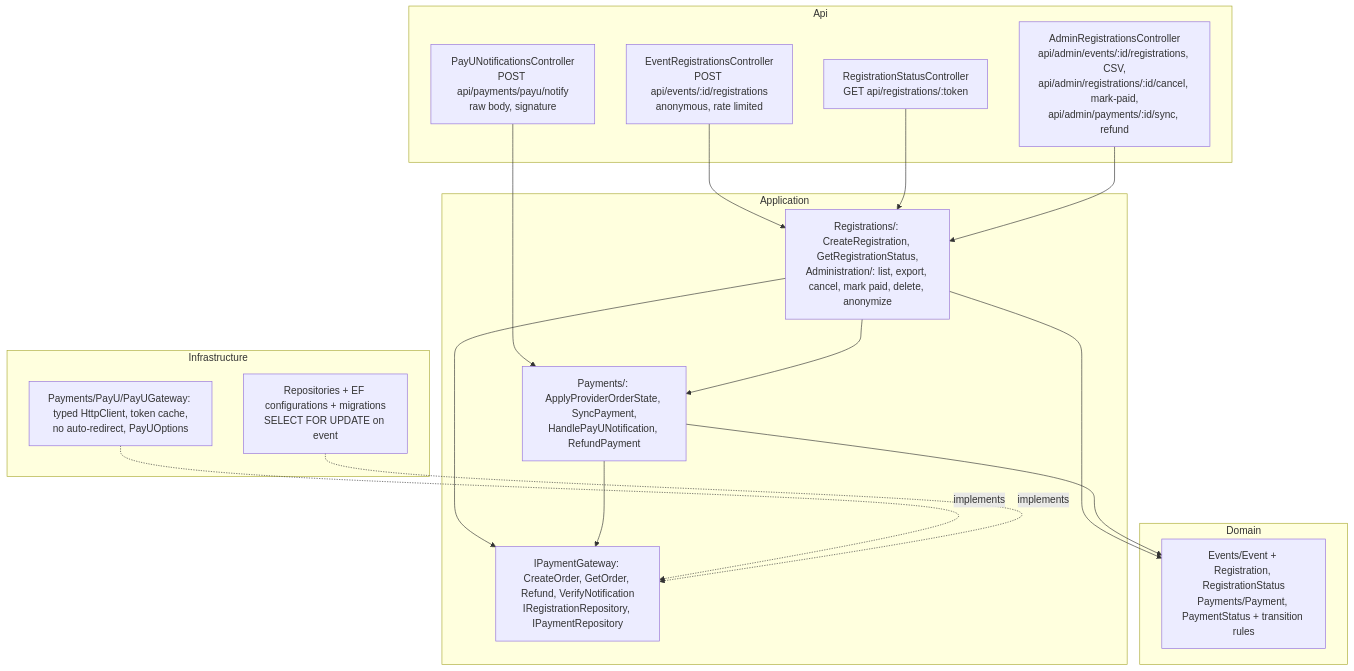
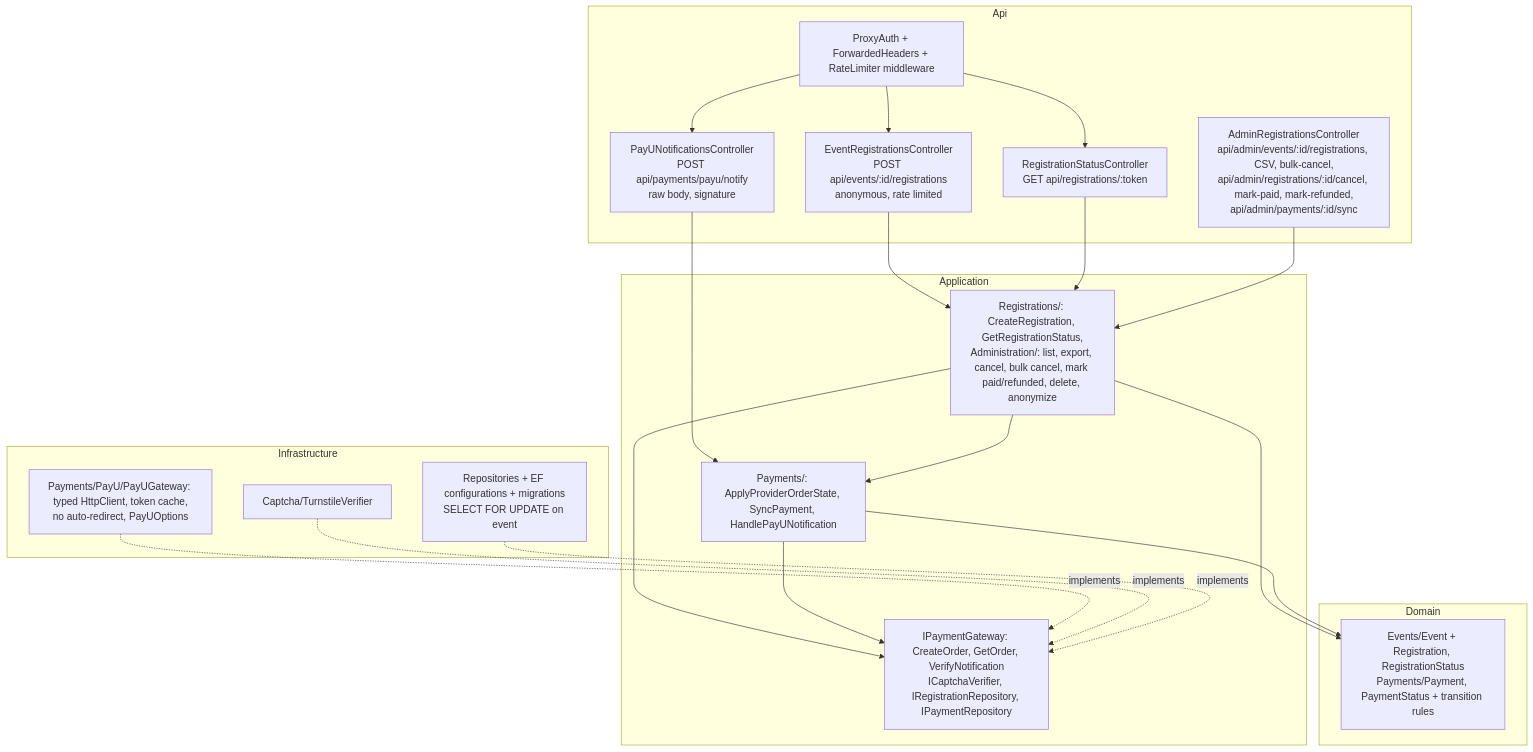
Before and after one commit to ESN-App/ESN-App: the fourth of 4 diagrams in docs/adr/005-event-registration-and-payu-payments.md, drawn with Mermaid. The commit also changed other lines of this file, not shown here.

````diff
--- a/docs/adr/005-event-registration-and-payu-payments.md
+++ b/docs/adr/005-event-registration-and-payu-payments.md
@@ -258,28 +311,30 @@
 ```mermaid
 flowchart TB
     subgraph Api
         RC[EventRegistrationsController<br/>POST api/events/:id/registrations<br/>anonymous, rate limited]
         SC[RegistrationStatusController<br/>GET api/registrations/:token]
         NC[PayUNotificationsController<br/>POST api/payments/payu/notify<br/>raw body, signature]
-        AC[AdminRegistrationsController<br/>api/admin/events/:id/registrations, CSV,<br/>api/admin/registrations/:id/cancel, mark-paid,<br/>api/admin/payments/:id/sync, refund]
+        AC[AdminRegistrationsController<br/>api/admin/events/:id/registrations, CSV, bulk-cancel,<br/>api/admin/registrations/:id/cancel, mark-paid, mark-refunded,<br/>api/admin/payments/:id/sync]
+        PX[ProxyAuth + ForwardedHeaders + RateLimiter middleware]
     end
     subgraph Application
-        UC[Registrations/: CreateRegistration, GetRegistrationStatus,<br/>Administration/: list, export, cancel, mark paid, delete, anonymize]
-        PU[Payments/: ApplyProviderOrderState, SyncPayment,<br/>HandlePayUNotification, RefundPayment]
-        IF[IPaymentGateway: CreateOrder, GetOrder, Refund, VerifyNotification<br/>IRegistrationRepository, IPaymentRepository]
+        UC[Registrations/: CreateRegistration, GetRegistrationStatus,<br/>Administration/: list, export, cancel, bulk cancel, mark paid/refunded, delete, anonymize]
+        PU[Payments/: ApplyProviderOrderState, SyncPayment, HandlePayUNotification]
+        IF[IPaymentGateway: CreateOrder, GetOrder, VerifyNotification<br/>ICaptchaVerifier, IRegistrationRepository, IPaymentRepository]
     end
     subgraph Domain
         E[Events/Event + Registration, RegistrationStatus<br/>Payments/Payment, PaymentStatus + transition rules]
     end
     subgraph Infrastructure
         PC[Payments/PayU/PayUGateway: typed HttpClient, token cache,<br/>no auto-redirect, PayUOptions]
+        TS[Captcha/TurnstileVerifier]
         RP[Repositories + EF configurations + migrations<br/>SELECT FOR UPDATE on event]
     end
+    PX --> RC & SC & NC
     RC & SC & AC --> UC
     NC --> PU
     UC --> PU
     UC & PU --> IF
     UC & PU --> E
-    PC -.implements.-> IF
-    RP -.implements.-> IF
+    PC & TS & RP -.implements.-> IF
 ```
````
